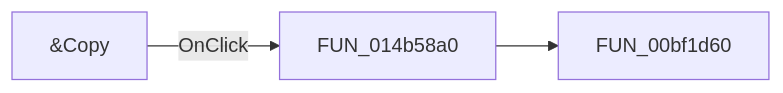
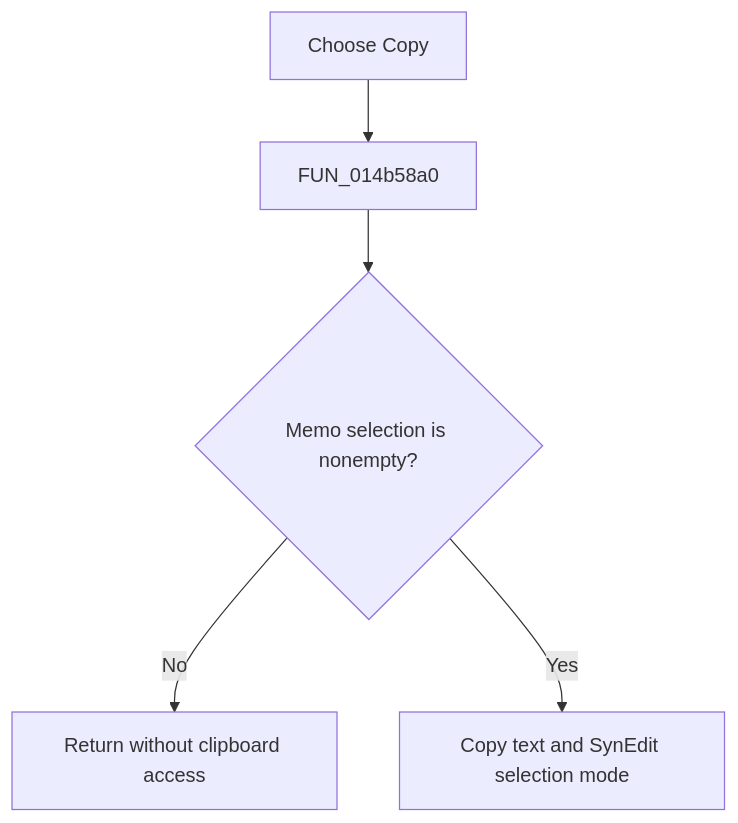
One commit to MovGP0/TIARA changed the diagram in docs/ui-controls/netlistviewer/micopy-7ebadb533e.md. Above: the diagram before and after it, drawn with Mermaid. The commit also changed other lines of this file and 1062 other files, not shown here.

````diff
--- a/docs/ui-controls/netlistviewer/micopy-7ebadb533e.md
+++ b/docs/ui-controls/netlistviewer/micopy-7ebadb533e.md
@@ -27,5 +27,7 @@
 ```mermaid
-flowchart LR
-    control["&Copy"] -->|OnClick| handler["FUN_014b58a0"]
-    handler --> call1["FUN_00bf1d60"]
+flowchart TD
+    control["Choose Copy"] --> handler["FUN_014b58a0"]
+    handler --> selection{"Memo selection is nonempty?"}
+    selection -->|No| noop["Return without clipboard access"]
+    selection -->|Yes| copy["Copy text and SynEdit selection mode"]
 ```
````
